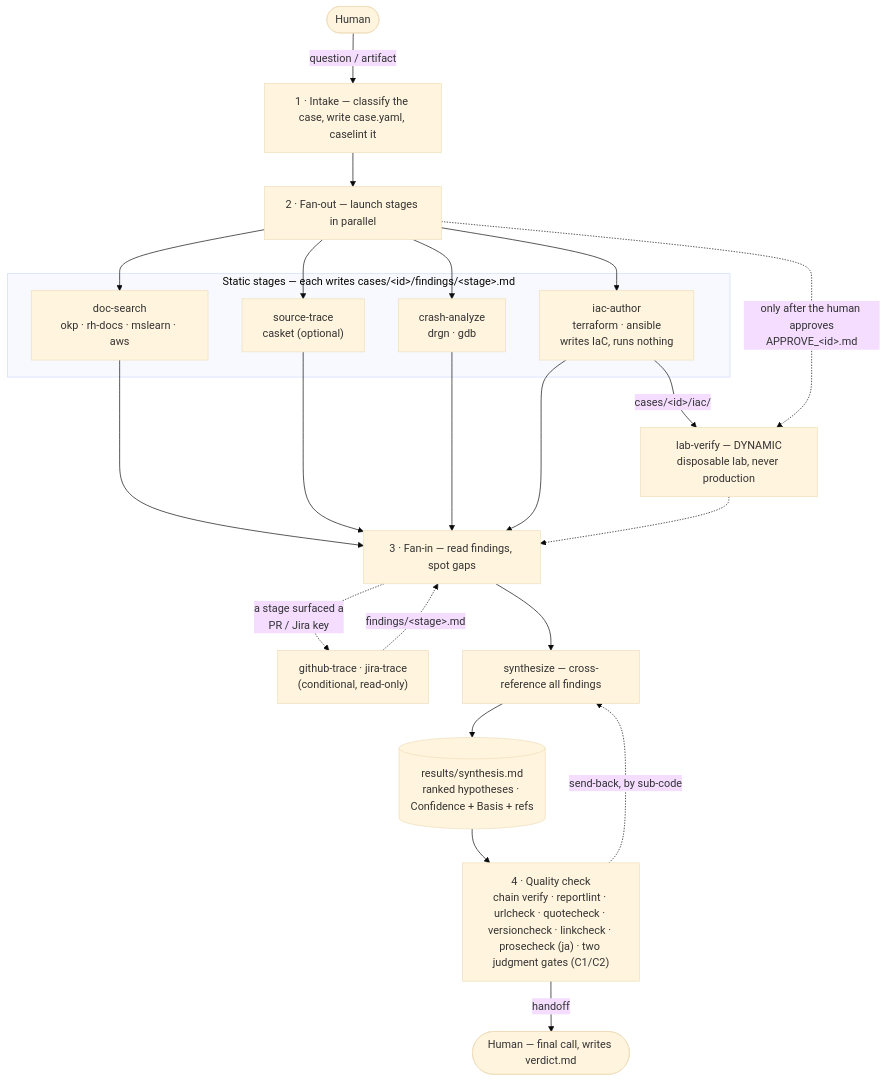
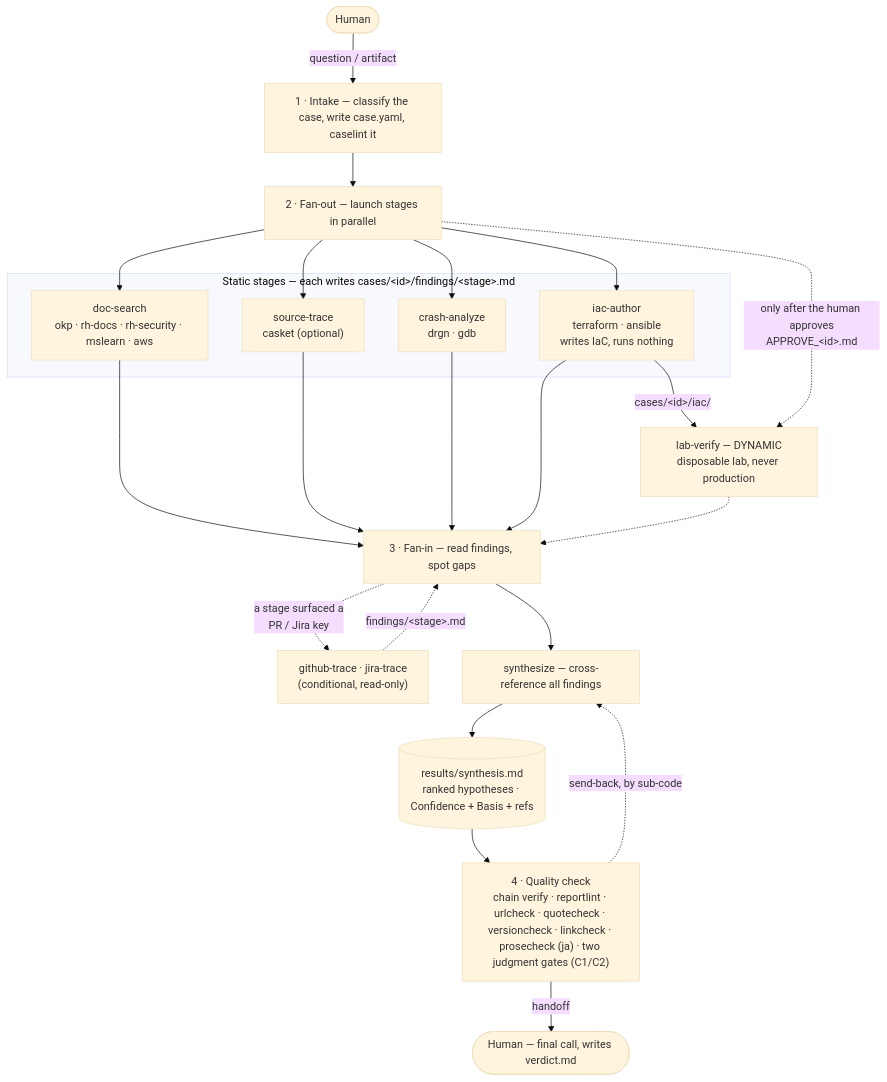
Before and after one commit to nogunix/janus: the first of 2 diagrams in README.md, drawn with Mermaid (base theme). The commit also changed other lines of this file and 8 other files, not shown here.

First line of the commit message:
doc-search: rh-security-mcp as the live CVE / errata source (0.47.0)

````diff
--- a/README.md
+++ b/README.md
@@ -113,34 +113,34 @@
 ```mermaid
 flowchart TD
     human(["Human"]) -->|"question / artifact"| intake
 
     intake["1&nbsp;· Intake — classify the case, write case.yaml, caselint it"] --> fanout
     fanout["2&nbsp;· Fan-out — launch stages in parallel"]
 
     subgraph stages["Static stages — each writes cases/&lt;id&gt;/findings/&lt;stage&gt;.md"]
-        ds["doc-search<br/>okp · rh-docs · mslearn · aws"]
+        ds["doc-search<br/>okp · rh-docs · rh-security · mslearn · aws"]
         st["source-trace<br/>casket (optional)"]
         ca["crash-analyze<br/>drgn · gdb"]
         ia["iac-author<br/>terraform · ansible<br/>writes IaC, runs nothing"]
     end
 
     lv["lab-verify — DYNAMIC<br/>disposable lab, never production"]
 
     fanout --> ds & st & ca & ia
     ia -->|"cases/&lt;id&gt;/iac/"| lv
     fanout -.->|"only after the human approves<br/>APPROVE_&lt;id&gt;.md"| lv
 
     ds & st & ca & ia --> fanin
     lv -.-> fanin
     fanin["3&nbsp;· Fan-in — read findings, spot gaps"]
 
     follow["github-trace · jira-trace<br/>(conditional, read-only)"]
     fanin -.->|"a stage surfaced a<br/>PR / Jira key"| follow
     follow -.->|"findings/&lt;stage&gt;.md"| fanin
 
     fanin --> syn["synthesize — cross-reference all findings"]
     syn --> report[("results/synthesis.md<br/>ranked hypotheses · Confidence + Basis + refs")]
     report --> qc["4&nbsp;· Quality check<br/>chain verify · reportlint · urlcheck · quotecheck · versioncheck · linkcheck · prosecheck (ja) · two judgment gates (C1/C2)"]
     qc -.->|"send-back, by sub-code"| syn
     qc -->|"handoff"| human2(["Human — final call, writes verdict.md"])
 ```
````
